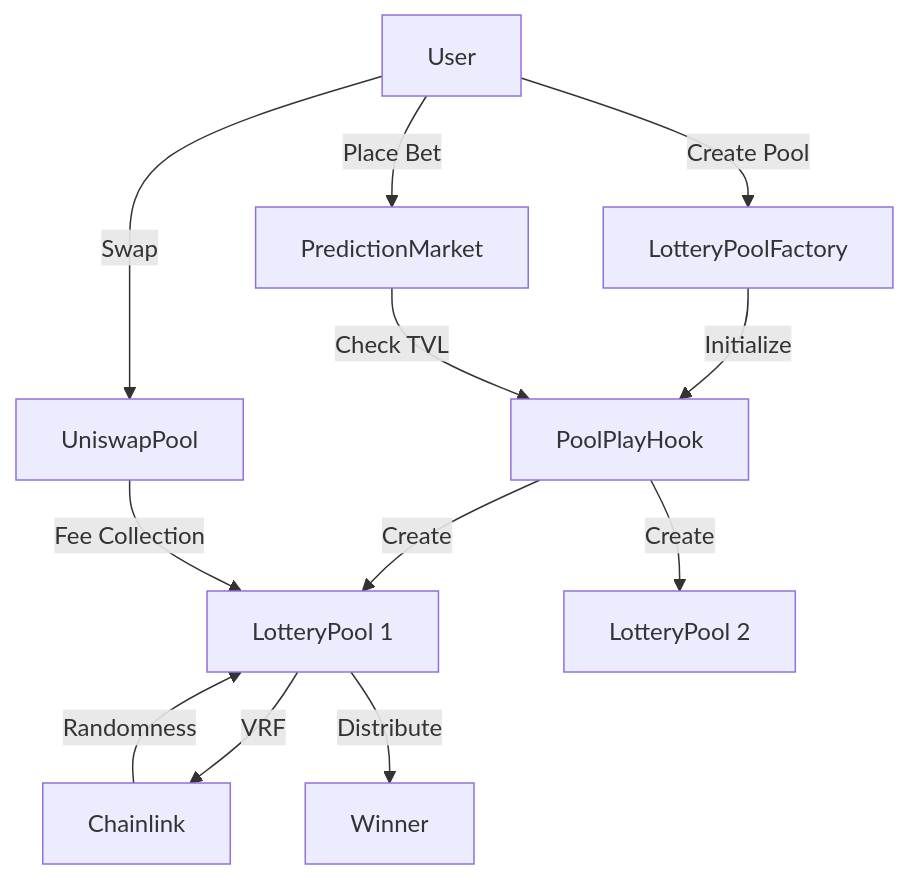
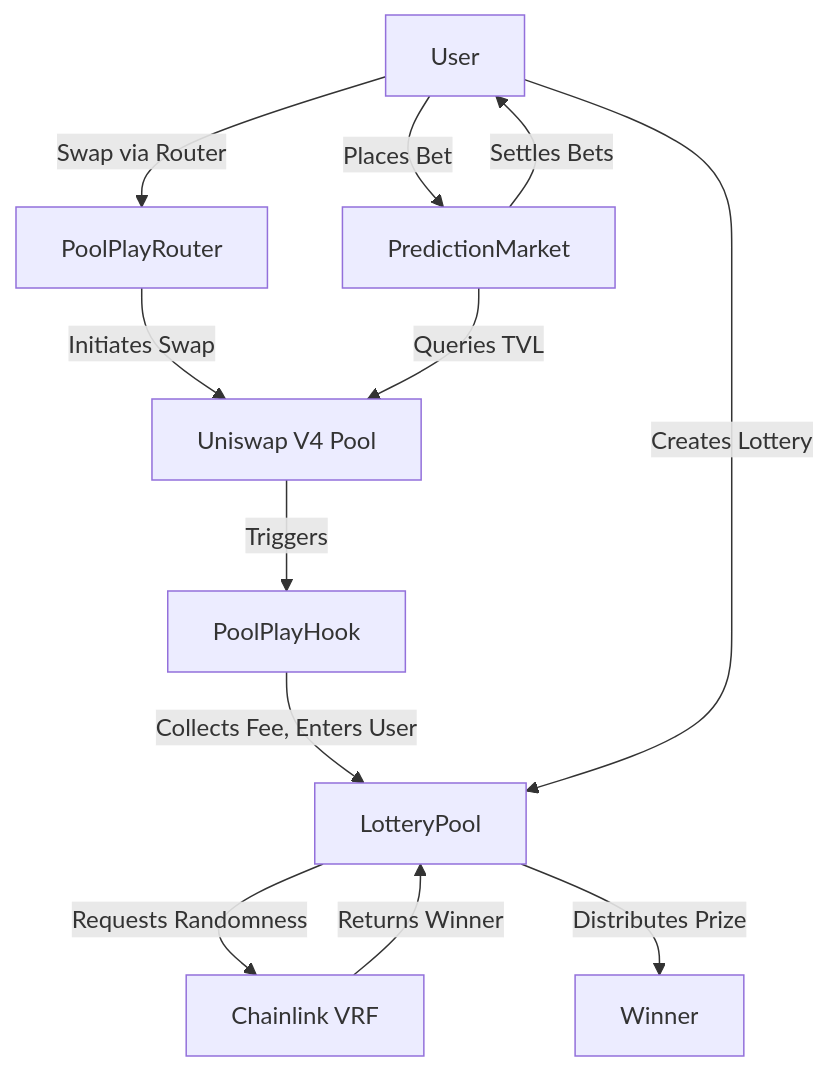
The diagram in flowchart.md (Signor1/poolplay), drawn with Mermaid before and after one commit. The commit also changed 15 other files, not shown here.

````diff
--- a/flowchart.md
+++ b/flowchart.md
@@ -3,14 +3,14 @@
 ```mermaid
 graph TD
-    User -->|Create Pool| Factory[LotteryPoolFactory]
-    Factory -->|Initialize| Hook[PoolPlayHook]
-    Hook -->|Create| LotteryA[LotteryPool 1]
-    Hook -->|Create| LotteryB[LotteryPool 2]
-    User -->|Swap| UniswapPool
-    UniswapPool -->|Fee Collection| LotteryA
-    LotteryA -->|VRF| Chainlink
-    Chainlink -->|Randomness| LotteryA
-    LotteryA -->|Distribute| Winner
-    User -->|Place Bet| PredictionMarket
-    PredictionMarket -->|Check TVL| Hook
+    User -->|Swap via Router| Router[PoolPlayRouter]
+    Router -->|Initiates Swap| UniswapPool[Uniswap V4 Pool]
+    UniswapPool -->|Triggers| Hook[PoolPlayHook]
+    Hook -->|Collects Fee, Enters User| Lottery[LotteryPool]
+    User -->|Creates Lottery| Lottery
+    Lottery -->|Requests Randomness| Chainlink[Chainlink VRF]
+    Chainlink -->|Returns Winner| Lottery
+    Lottery -->|Distributes Prize| Winner
+    User -->|Places Bet| PredictionMarket[PredictionMarket]
+    PredictionMarket -->|Queries TVL| UniswapPool
+    PredictionMarket -->|Settles Bets| User
 ```
````
